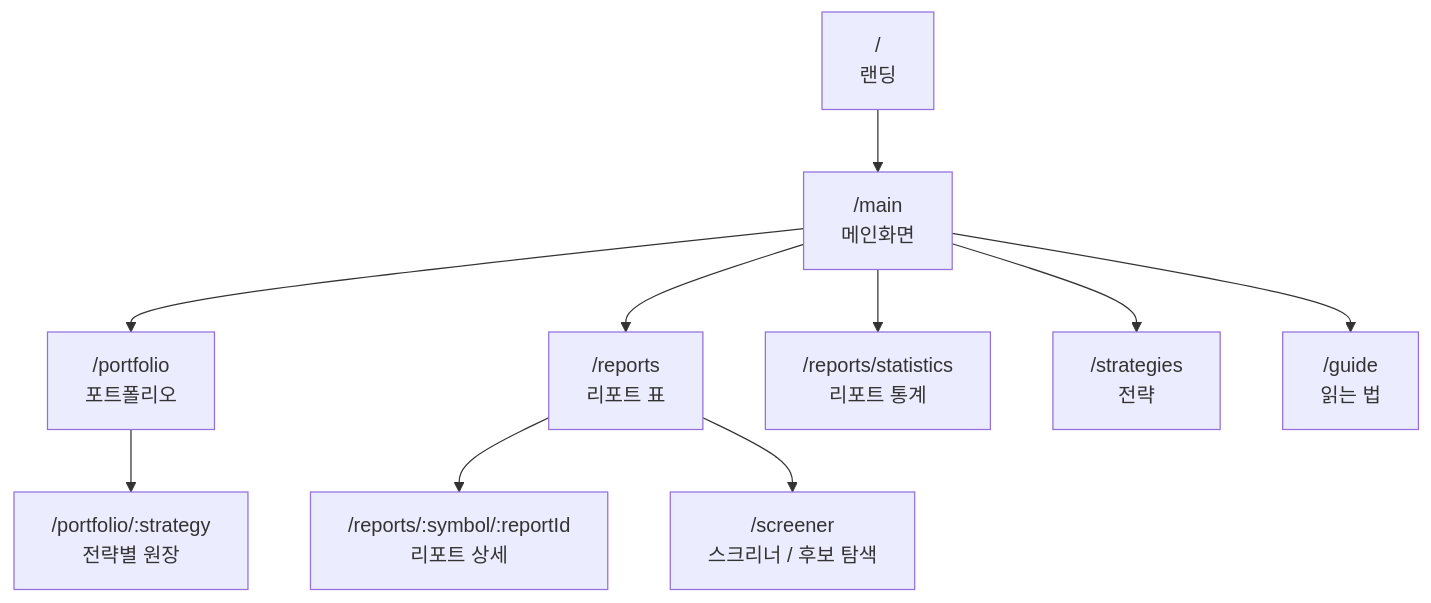
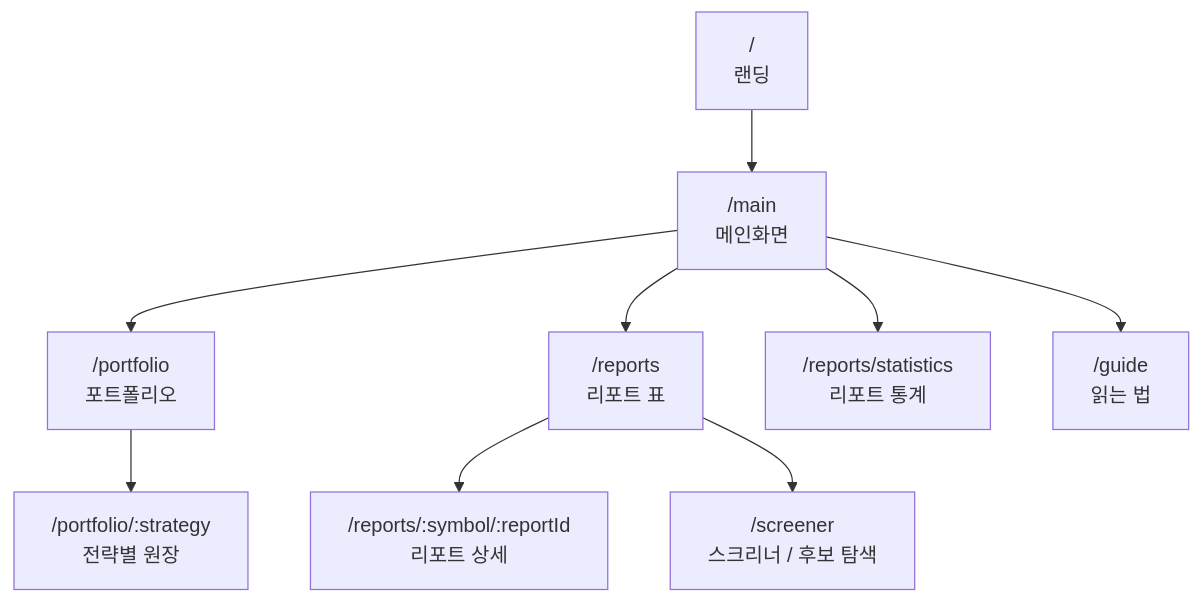
One commit to choiinyeol/snusmic-portfolio-lab changed the second of 3 diagrams in README.md. Above: the diagram before and after it, drawn with Mermaid. The commit also changed other lines of this file and 59 other files, not shown here.

````diff
--- a/README.md
+++ b/README.md
@@ -49,12 +50,11 @@
 ```mermaid
 flowchart TD
   Landing["/<br/>랜딩"] --> Main["/main<br/>메인화면"]
   Main --> Portfolio["/portfolio<br/>포트폴리오"]
   Main --> Reports["/reports<br/>리포트 표"]
   Main --> Stats["/reports/statistics<br/>리포트 통계"]
-  Main --> Strategies["/strategies<br/>전략"]
   Main --> Guide["/guide<br/>읽는 법"]
   Reports --> Detail["/reports/:symbol/:reportId<br/>리포트 상세"]
   Portfolio --> StrategyView["/portfolio/:strategy<br/>전략별 원장"]
   Reports --> Screener["/screener<br/>스크리너 / 후보 탐색"]
 ```
````
